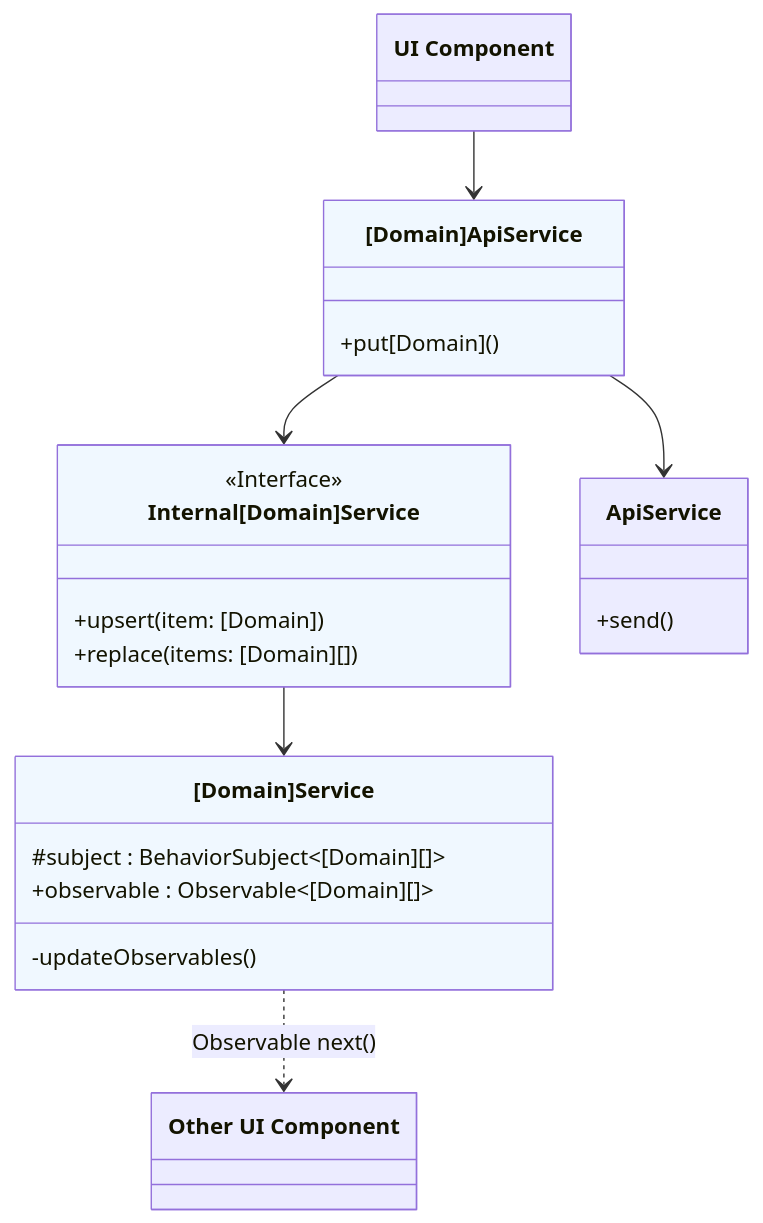
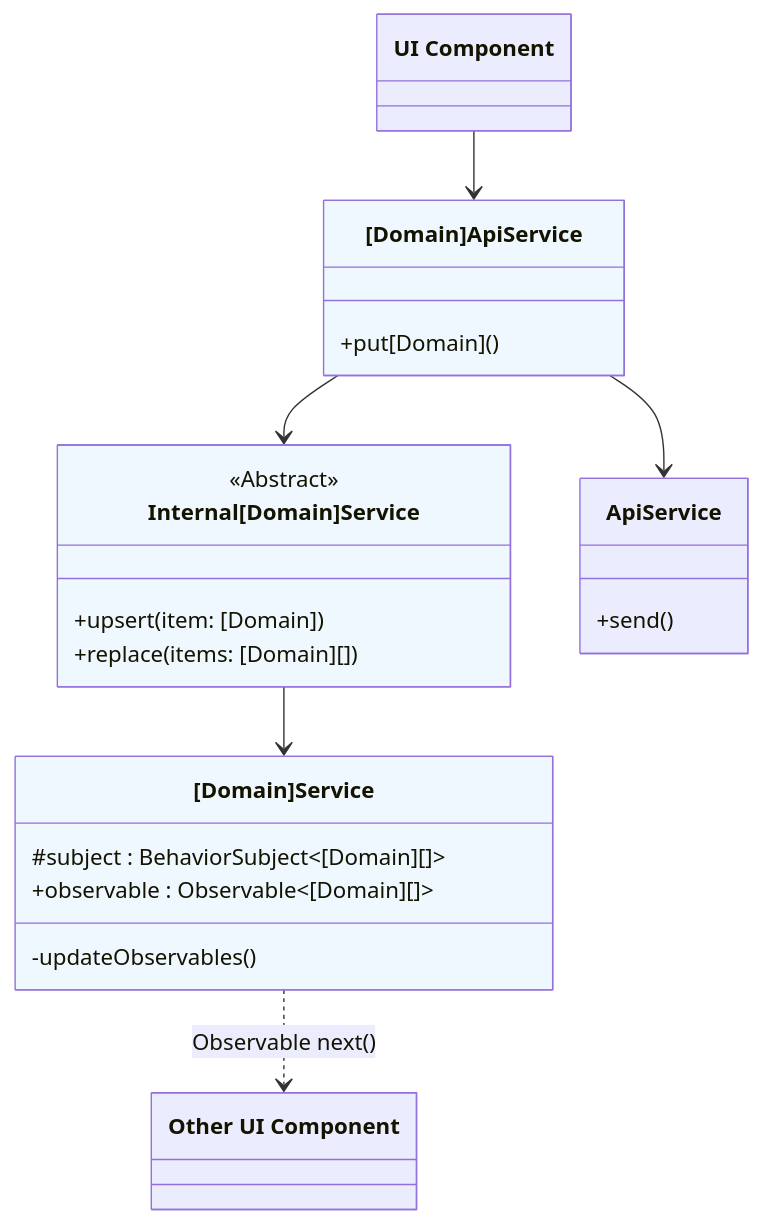
One commit to bitwarden/contributing-docs changed the second of 4 diagrams in docs/architecture/clients/services/implementation.md. Above: the diagram before and after it, drawn with Mermaid.

Commit message:
Fixup: base services are abstract, not interfaces

````diff
--- a/docs/architecture/clients/services/implementation.md
+++ b/docs/architecture/clients/services/implementation.md
@@ -81,31 +81,31 @@
 ```mermaid
 classDiagram
     class Internal["Internal[Domain]Service"] {
-        <<Interface>>
+        <<Abstract>>
         +upsert(item: [Domain])
         +replace(items: [Domain][])
     }
     class DomainSvc["[Domain]Service"] {
         #subject : BehaviorSubject~[Domain][]~
         +observable : Observable~[Domain][]~
         -updateObservables()
     }
     class ApiSvc["[Domain]ApiService"] {
         +put[Domain]()
     }
     class UI["UI Component"]
     class OtherUI["Other UI Component"]
     class Api["ApiService"] {
         +send()
     }
 
     UI --> ApiSvc
     ApiSvc --> Api
     ApiSvc --> Internal
     Internal --> DomainSvc
     DomainSvc ..> OtherUI : Observable next()
 
     style Internal fill:#f0f8ff
     style DomainSvc fill:#f0f8ff
     style ApiSvc fill:#f0f8ff
 ```
````
